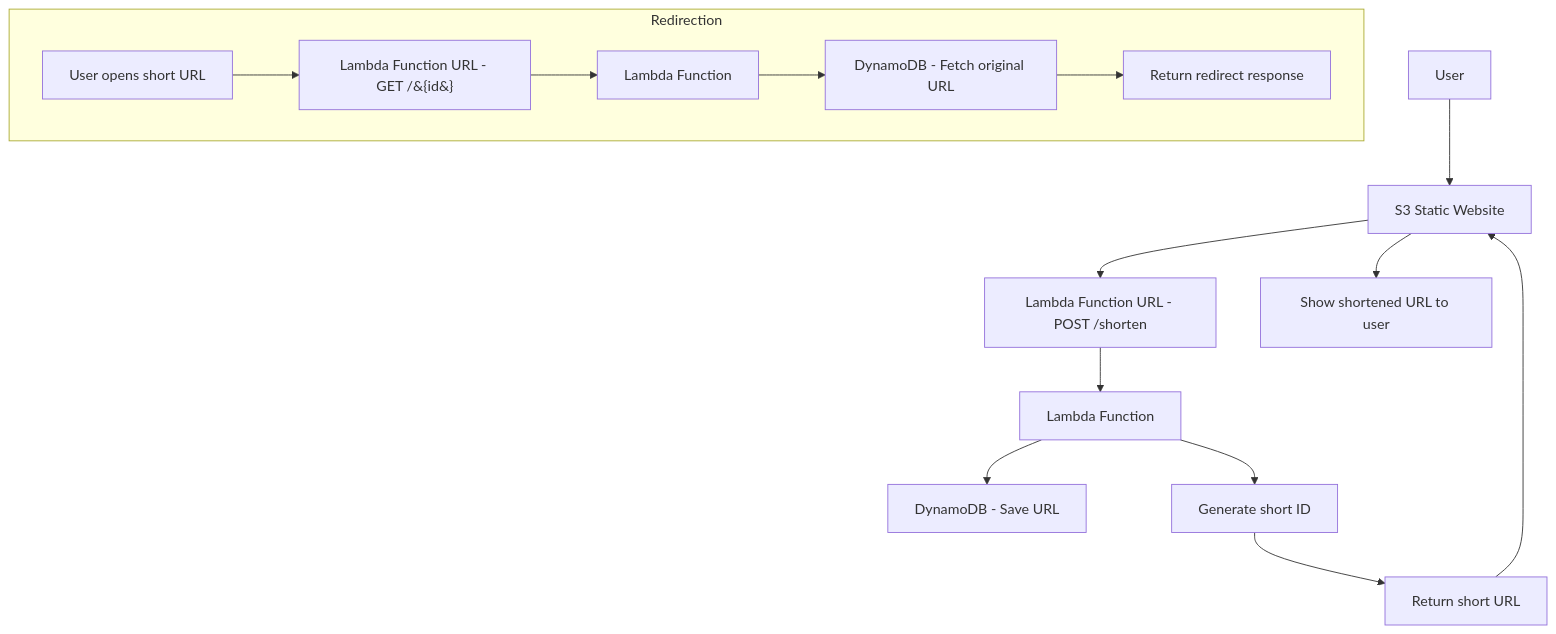
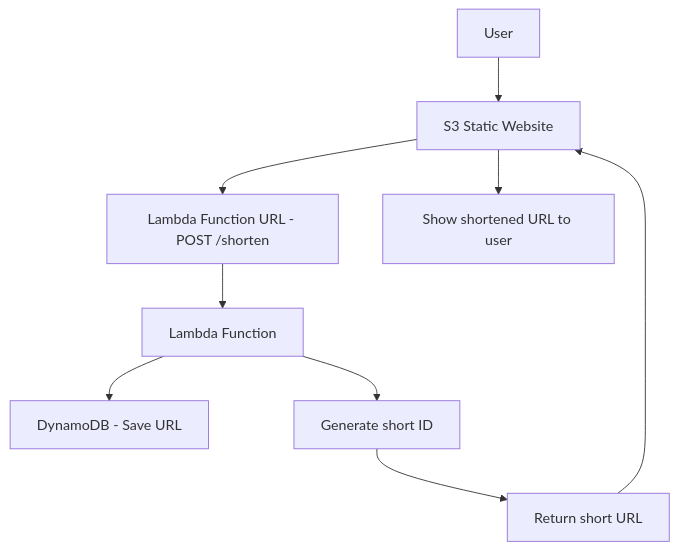
One commit to innuli4ka/blinklink changed the diagram in README.md. Above: the diagram before and after it, drawn with Mermaid.

````diff
--- a/README.md
+++ b/README.md
@@ -19,18 +19,11 @@
 ```mermaid
 graph TD
     A[User] --> B[S3 Static Website]
     B --> C[Lambda Function URL - POST /shorten]
     C --> D[Lambda Function]
     D --> E[DynamoDB - Save URL]
     D --> F[Generate short ID]
     F --> G[Return short URL]
     G --> B
     B --> H[Show shortened URL to user]
-
-    subgraph Redirection
-        R1[User opens short URL] --> R2[Lambda Function URL - GET /&#123;id&#125;]
-        R2 --> R3[Lambda Function]
-        R3 --> R4[DynamoDB - Fetch original URL]
-        R4 --> R5[Return redirect response]
-    end
 ```
````
